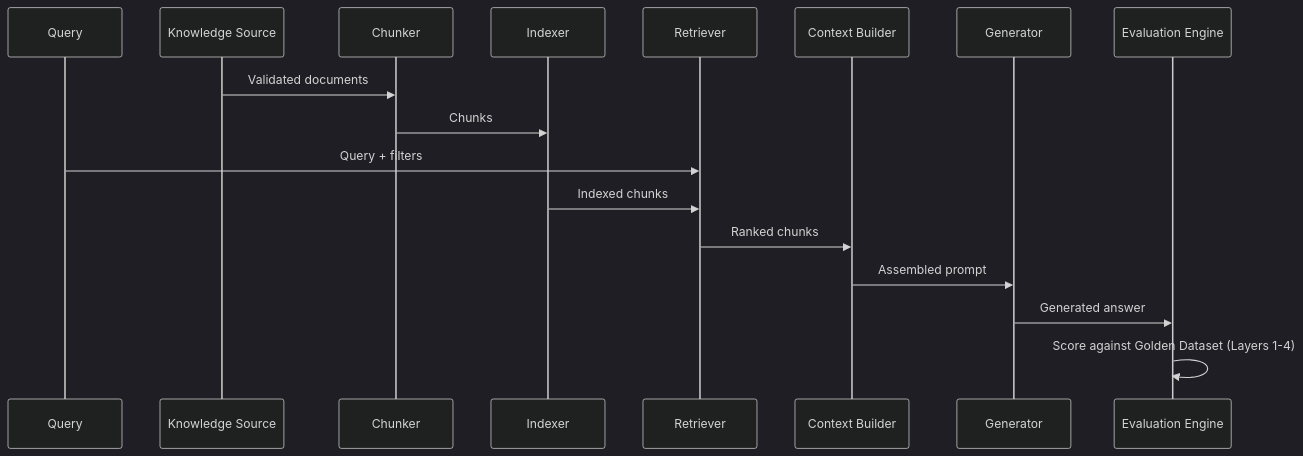
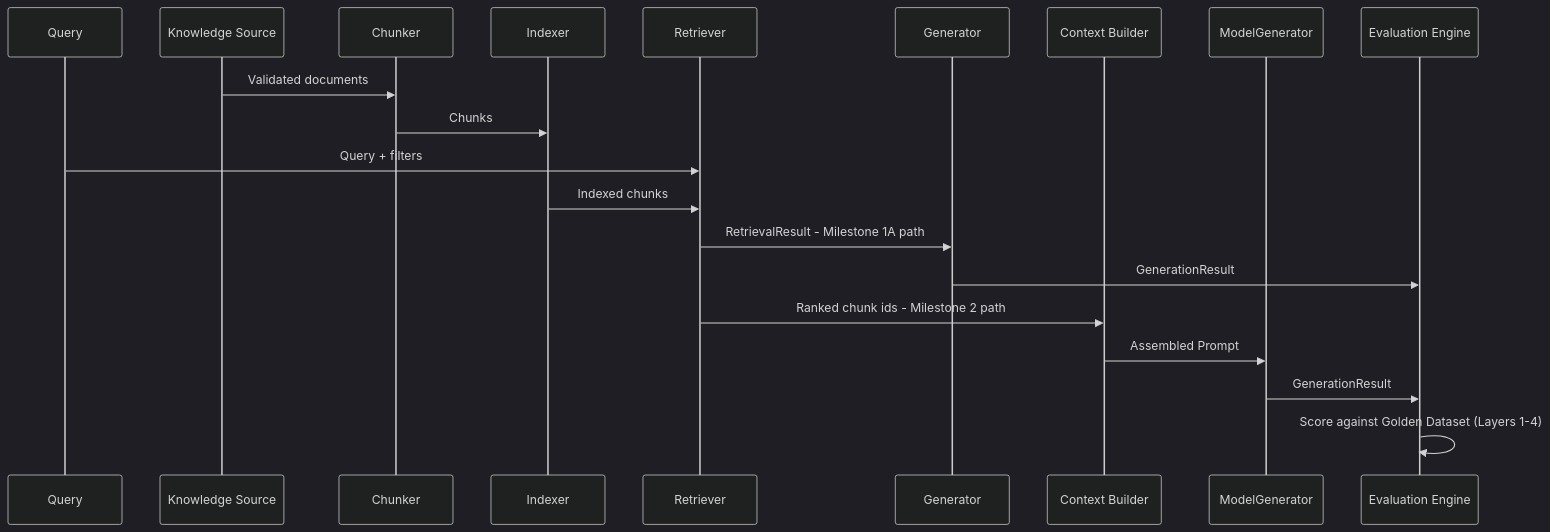
One commit to anthropologenie/ai-quality-engineering changed the third of 3 diagrams in docs/architecture.md. Above: the diagram before and after it, drawn with Mermaid (dark theme). The commit also changed other lines of this file and 1 other file, not shown here.

Commit message:
docs(architecture): synchronize Generator/ModelGenerator dual-path identity (M2-14)

````diff
--- a/docs/architecture.md
+++ b/docs/architecture.md
@@ -214,20 +229,23 @@
 ```mermaid
 sequenceDiagram
     participant U as Query
     participant K as Knowledge Source
     participant C as Chunker
     participant IDX as Indexer
     participant R as Retriever
+    participant G as Generator
     participant CB as Context Builder
-    participant G as Generator
+    participant MG as ModelGenerator
     participant E as Evaluation Engine
 
     K->>C: Validated documents
     C->>IDX: Chunks
     U->>R: Query + filters
     IDX->>R: Indexed chunks
-    R->>CB: Ranked chunks
-    CB->>G: Assembled prompt
-    G->>E: Generated answer
+    R->>G: RetrievalResult - Milestone 1A path
+    G->>E: GenerationResult
+    R->>CB: Ranked chunk ids - Milestone 2 path
+    CB->>MG: Assembled Prompt
+    MG->>E: GenerationResult
     E->>E: Score against Golden Dataset (Layers 1-4)
 ```
````
